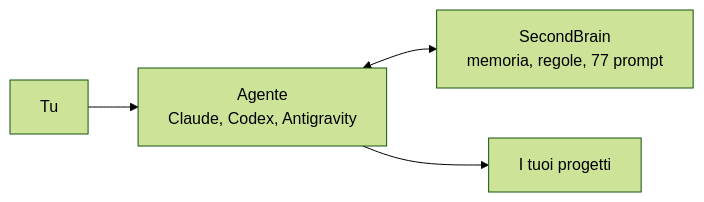
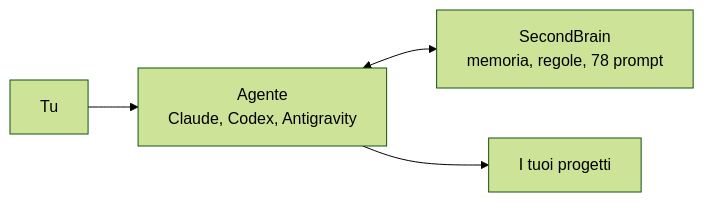
One commit to dennidalpos/secondbrain changed the first of 2 diagrams in README.md. Above: the diagram before and after it, drawn with Mermaid (forest theme). The commit also changed other lines of this file and 19 other files, not shown here.

````diff
--- a/README.md
+++ b/README.md
@@ -9,6 +9,6 @@
 ```mermaid
 flowchart LR
     T["Tu"] --> A["Agente<br/>Claude, Codex, Antigravity"]
-    A <--> S["SecondBrain<br/>memoria, regole, 77 prompt"]
+    A <--> S["SecondBrain<br/>memoria, regole, 78 prompt"]
     A --> P["I tuoi progetti"]
 ```
````
